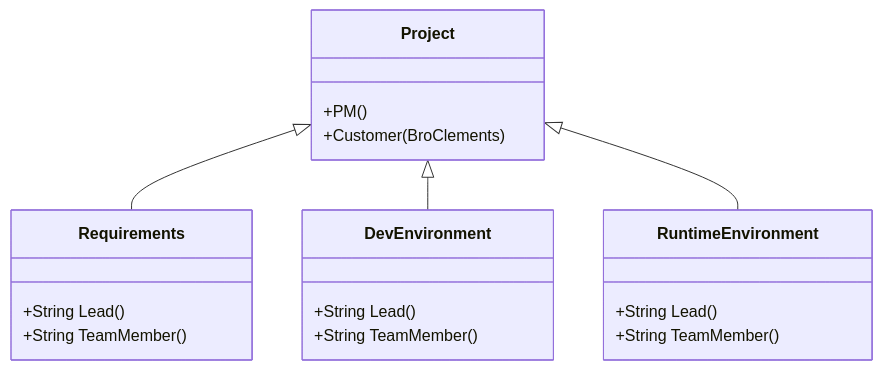
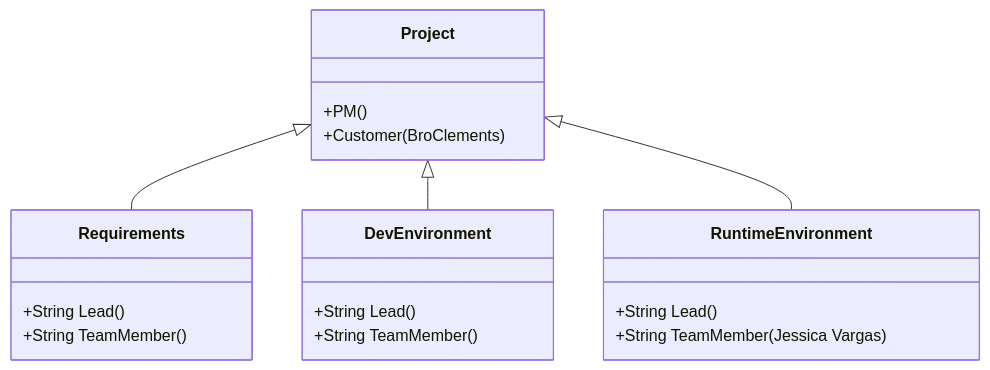
One commit to byui-cse397/2024WinCSE490PCP changed the first of 2 diagrams in ProjectManagement/OrganizationChart/OrganizationChart.md. Above: the diagram before and after it, drawn with Mermaid. The commit also changed other lines of this file, not shown here.

````diff
--- a/ProjectManagement/OrganizationChart/OrganizationChart.md
+++ b/ProjectManagement/OrganizationChart/OrganizationChart.md
@@ -2,20 +2,20 @@
 ```mermaid
 classDiagram
       Project <|-- Requirements
       Project <|-- DevEnvironment
       Project <|-- RuntimeEnvironment
       Project : +PM()
       Project : +Customer(BroClements)
       class Requirements{
           +String Lead()
           +String TeamMember()
       }
       class DevEnvironment{
           +String Lead()
           +String TeamMember()
       }
       class RuntimeEnvironment{
           +String Lead()
-          +String TeamMember()
+          +String TeamMember(Jessica Vargas)
       }
 ```
````
